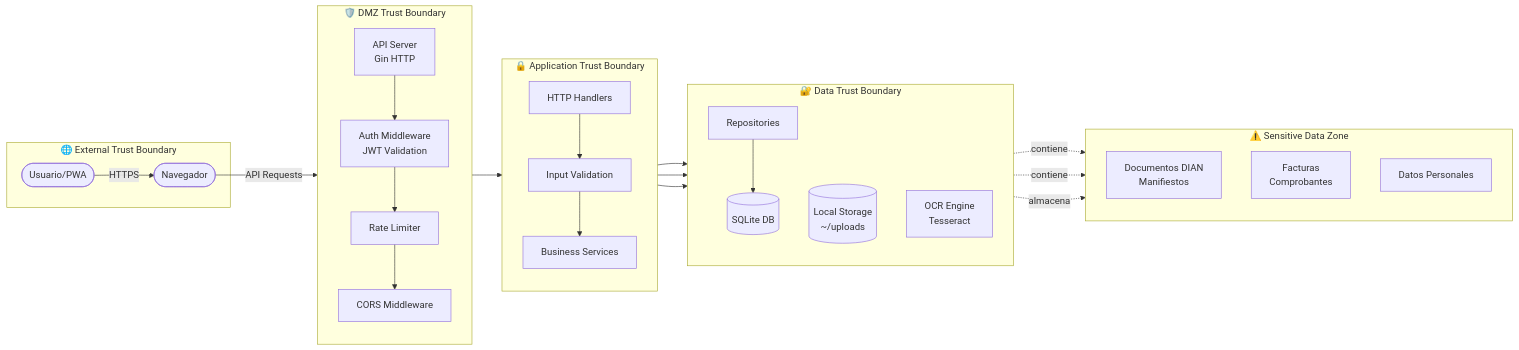
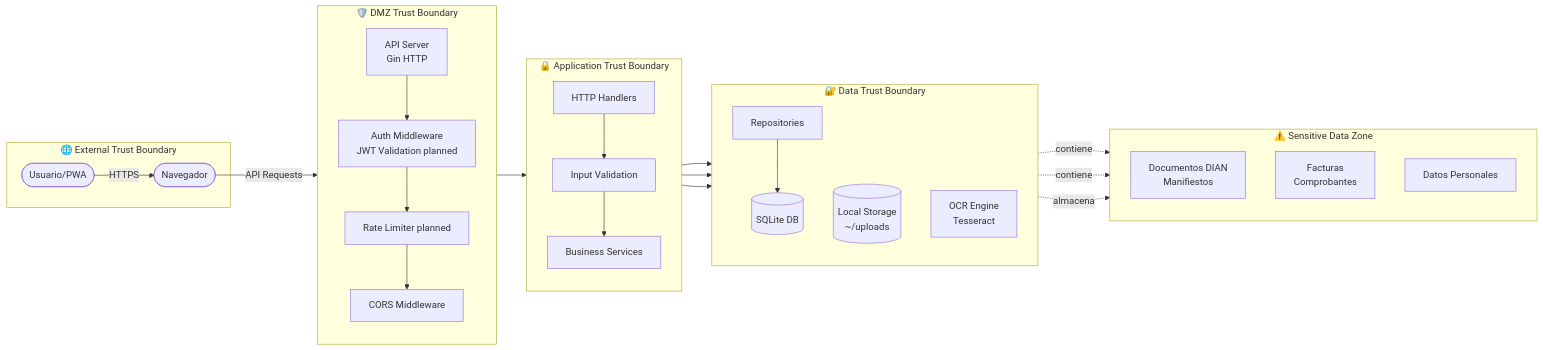
Before and after one commit to DhillanC/arsenal-app: the first of 2 diagrams in docs/SECURITY.md, drawn with Mermaid. The commit also changed other lines of this file and 6 other files, not shown here.

````diff
--- a/docs/SECURITY.md
+++ b/docs/SECURITY.md
@@ -5,54 +5,54 @@
 ```mermaid
 flowchart LR
     subgraph External["🌐 External Trust Boundary"]
         Usuario([Usuario/PWA])
         Browser([Navegador])
     end
 
     subgraph DMZ["🛡️ DMZ Trust Boundary"]
         direction TB
         APIServer[API Server<br/>Gin HTTP]
-        Auth[Auth Middleware<br/>JWT Validation]
-        RateLimit[Rate Limiter]
+        Auth[Auth Middleware<br/>JWT Validation planned]
+        RateLimit[Rate Limiter planned]
         CORS[CORS Middleware]
     end
 
     subgraph AppLayer["🔒 Application Trust Boundary"]
         direction TB
         Handlers[HTTP Handlers]
         Services[Business Services]
         Validation[Input Validation]
     end
 
     subgraph DataLayer["🔐 Data Trust Boundary"]
         direction TB
         Repositories[Repositories]
         SQLite[(SQLite DB)]
         Storage[(Local Storage<br/>~/uploads)]
         OCR[OCR Engine<br/>Tesseract]
     end
 
     subgraph SensitiveData["⚠️ Sensitive Data Zone"]
         direction TB
         DianDocs[Documentos DIAN<br/>Manifiestos]
         Facturas[Facturas<br/>Comprobantes]
         Personales[Datos Personales]
     end
 
     Usuario -->|HTTPS| Browser
     Browser -->|API Requests| APIServer
     APIServer --> Auth
     Auth --> RateLimit
     RateLimit --> CORS
     CORS --> Handlers
     Handlers --> Validation
     Validation --> Services
     Services --> Repositories
     Repositories --> SQLite
     Services --> Storage
     Services --> OCR
     
     Storage -.->|contiene| DianDocs
     Storage -.->|contiene| Facturas
     SQLite -.->|almacena| Personales
 ```
````
